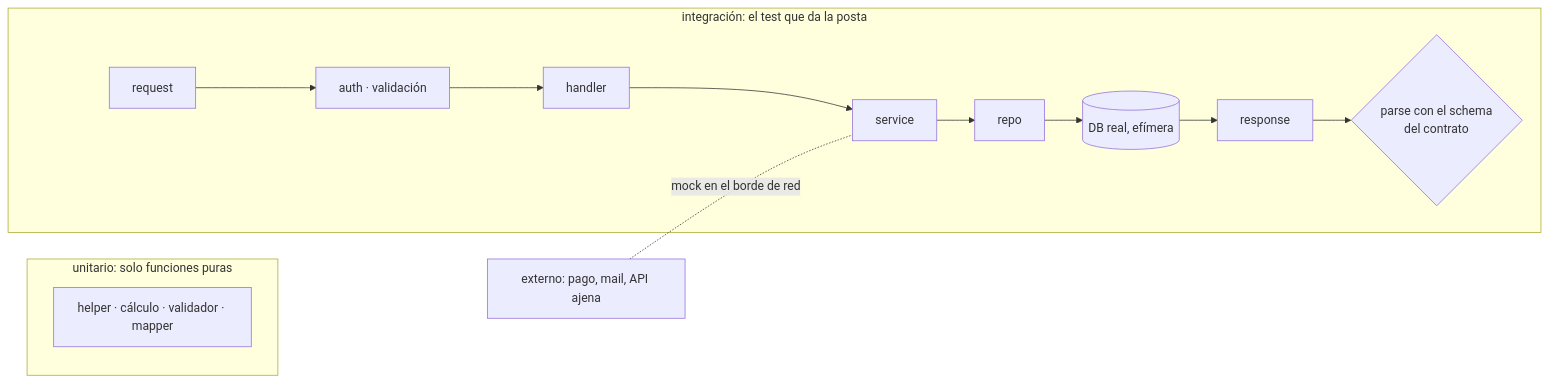
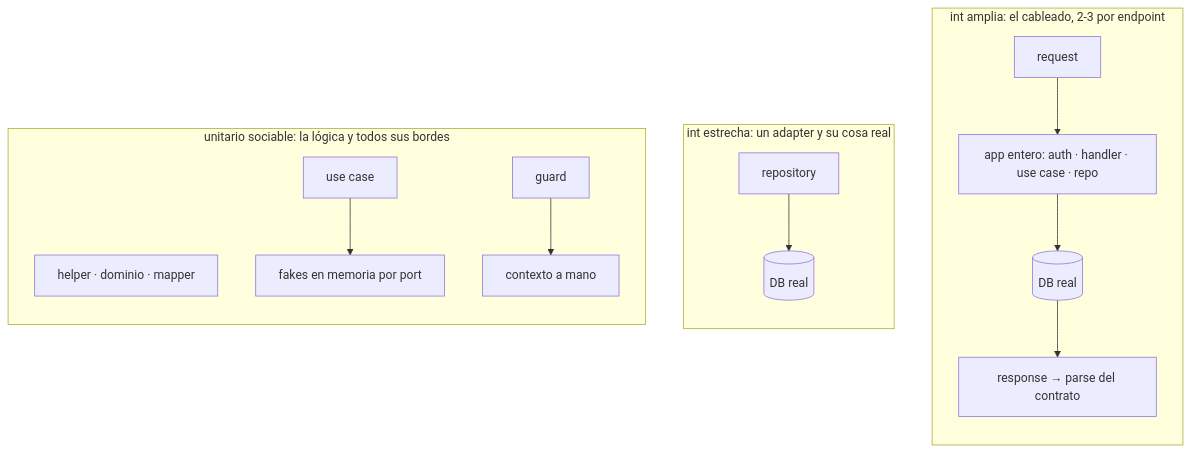
The first of 7 diagrams in skills/qa/SKILL.md (octavio-parozlabs/mindstack), drawn with Mermaid before and after one commit. The commit also changed other lines of this file and 1 other file, not shown here.

````diff
--- a/skills/qa/SKILL.md
+++ b/skills/qa/SKILL.md
@@ -13,11 +13,18 @@
 ```mermaid
 flowchart LR
-    subgraph unit["unitario: solo funciones puras"]
-        H[helper · cálculo · validador · mapper]
+    subgraph unit["unitario sociable: la lógica y todos sus bordes"]
+        direction TB
+        H[helper · dominio · mapper]
+        UC[use case] --> FK[fakes en memoria por port]
+        GD[guard] --> CX[contexto a mano]
     end
-    subgraph int["integración: el test que da la posta"]
-        R[request] --> MW[auth · validación] --> HD[handler] --> SV[service] --> RP[repo] --> DB[(DB real, efímera)]
-        DB --> RS[response] --> C{parse con el schema\ndel contrato}
+    subgraph narrow["int estrecha: un adapter y su cosa real"]
+        direction TB
+        RP[repository] --> DB1[(DB real)]
     end
-    EXT[externo: pago, mail, API ajena] -. mock en el borde de red .- SV
+    subgraph broad["int amplia: el cableado, 2-3 por endpoint"]
+        direction TB
+        R[request] --> APP[app entero: auth · handler · use case · repo] --> DB2[(DB real)] --> RS[response → parse del contrato]
+    end
+    unit ~~~ narrow ~~~ broad
 ```
````
